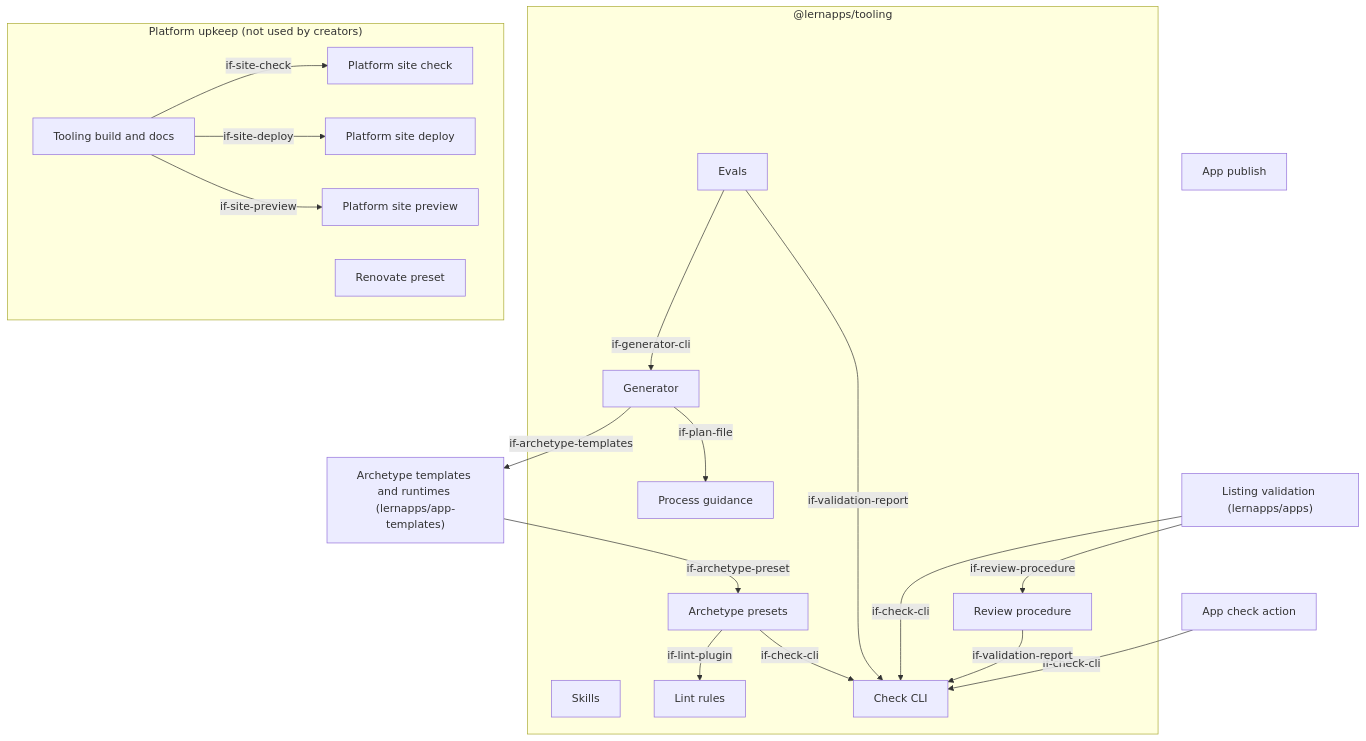
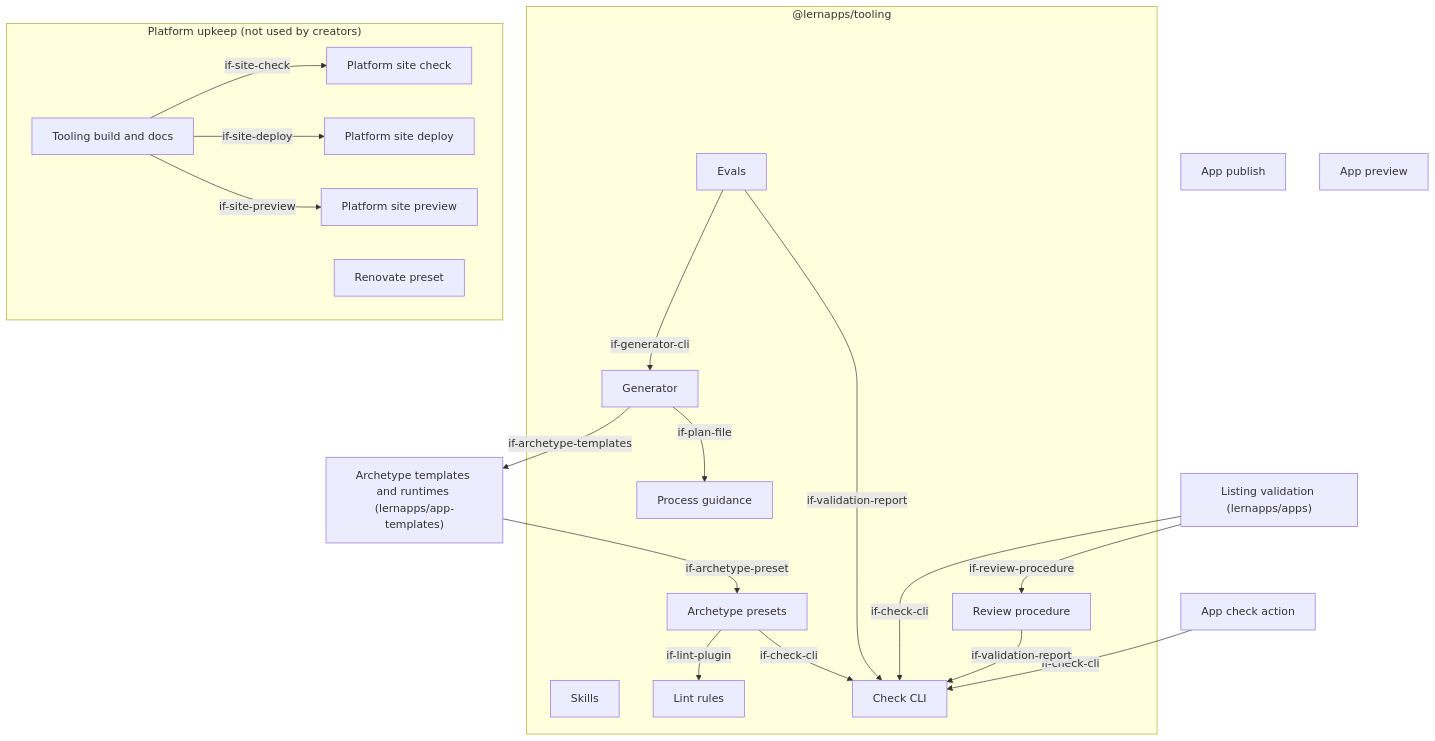
Before and after one commit to lernapps/tooling: the first of 2 diagrams in docs/arc42/05-building-blocks.arc42.md, drawn with Mermaid. The commit also changed other lines of this file and 14 other files, not shown here.

First line of the commit message:
feat(app): preview a pull request in the real app before it is published

````diff
--- a/docs/arc42/05-building-blocks.arc42.md
+++ b/docs/arc42/05-building-blocks.arc42.md
@@ -25,38 +25,39 @@
 ```mermaid
 flowchart TB
     subgraph bb-tooling-package["@lernapps/tooling"]
         bb-process-guidance["Process guidance"]
         bb-skills["Skills"]
         bb-generator["Generator"]
         bb-archetypes["Archetype presets"]
         bb-lint-rules["Lint rules"]
         bb-check-cli["Check CLI"]
         bb-review-procedure["Review procedure"]
         bb-evals["Evals"]
     end
     bb-app-templates["Archetype templates and runtimes (lernapps/app-templates)"]
     bb-app-check-action["App check action"]
     bb-app-publish["App publish"]
+    bb-app-preview["App preview"]
     subgraph bb-platform-upkeep["Platform upkeep (not used by creators)"]
         bb-tooling-build["Tooling build and docs"]
         bb-site-check["Platform site check"]
         bb-site-deploy["Platform site deploy"]
         bb-site-preview["Platform site preview"]
         bb-renovate-preset["Renovate preset"]
     end
     bb-listing-validation["Listing validation (lernapps/apps)"]
     bb-generator -->|"if-archetype-templates"| bb-app-templates
     bb-generator -->|"if-plan-file"| bb-process-guidance
     bb-app-templates -->|"if-archetype-preset"| bb-archetypes
     bb-archetypes -->|"if-lint-plugin"| bb-lint-rules
     bb-archetypes -->|"if-check-cli"| bb-check-cli
     bb-app-check-action -->|"if-check-cli"| bb-check-cli
     bb-listing-validation -->|"if-check-cli"| bb-check-cli
     bb-listing-validation -->|"if-review-procedure"| bb-review-procedure
     bb-review-procedure -->|"if-validation-report"| bb-check-cli
     bb-evals -->|"if-generator-cli"| bb-generator
     bb-evals -->|"if-validation-report"| bb-check-cli
     bb-tooling-build -->|"if-site-check"| bb-site-check
     bb-tooling-build -->|"if-site-deploy"| bb-site-deploy
     bb-tooling-build -->|"if-site-preview"| bb-site-preview
 ```
````
